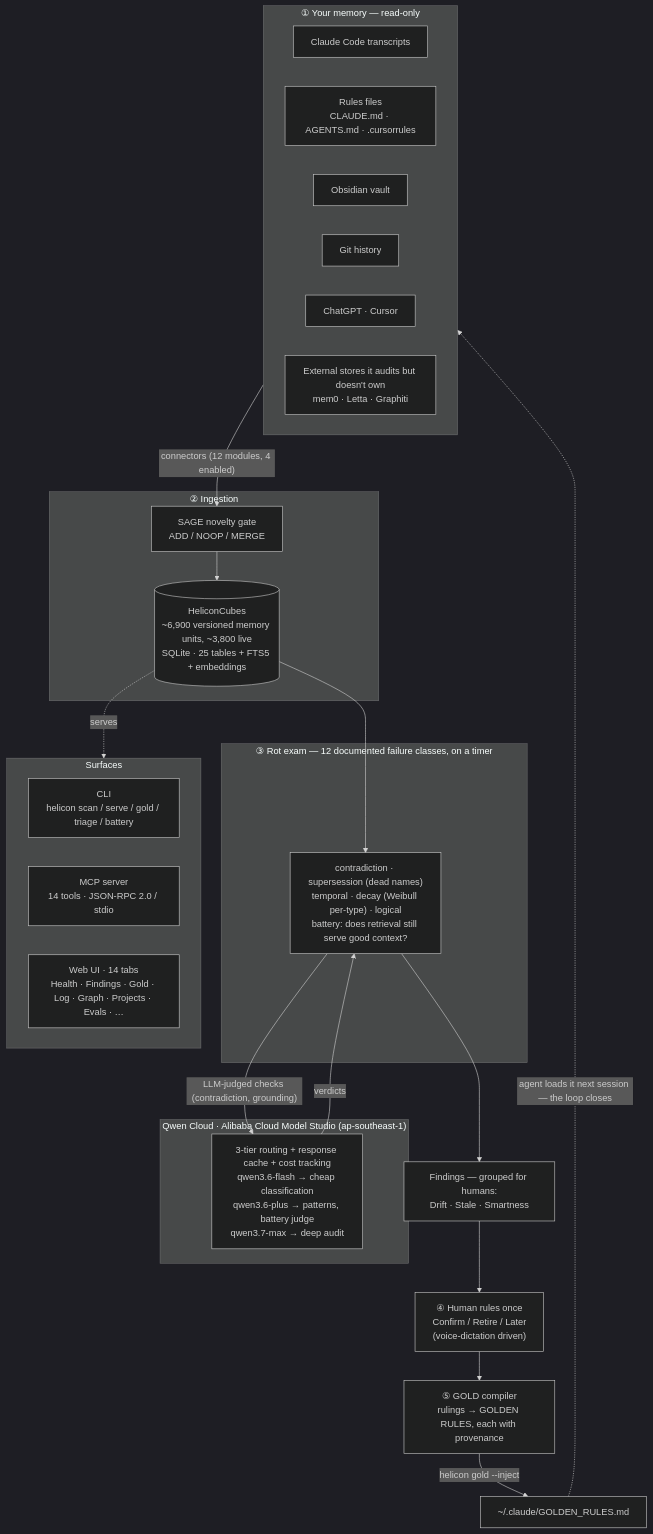
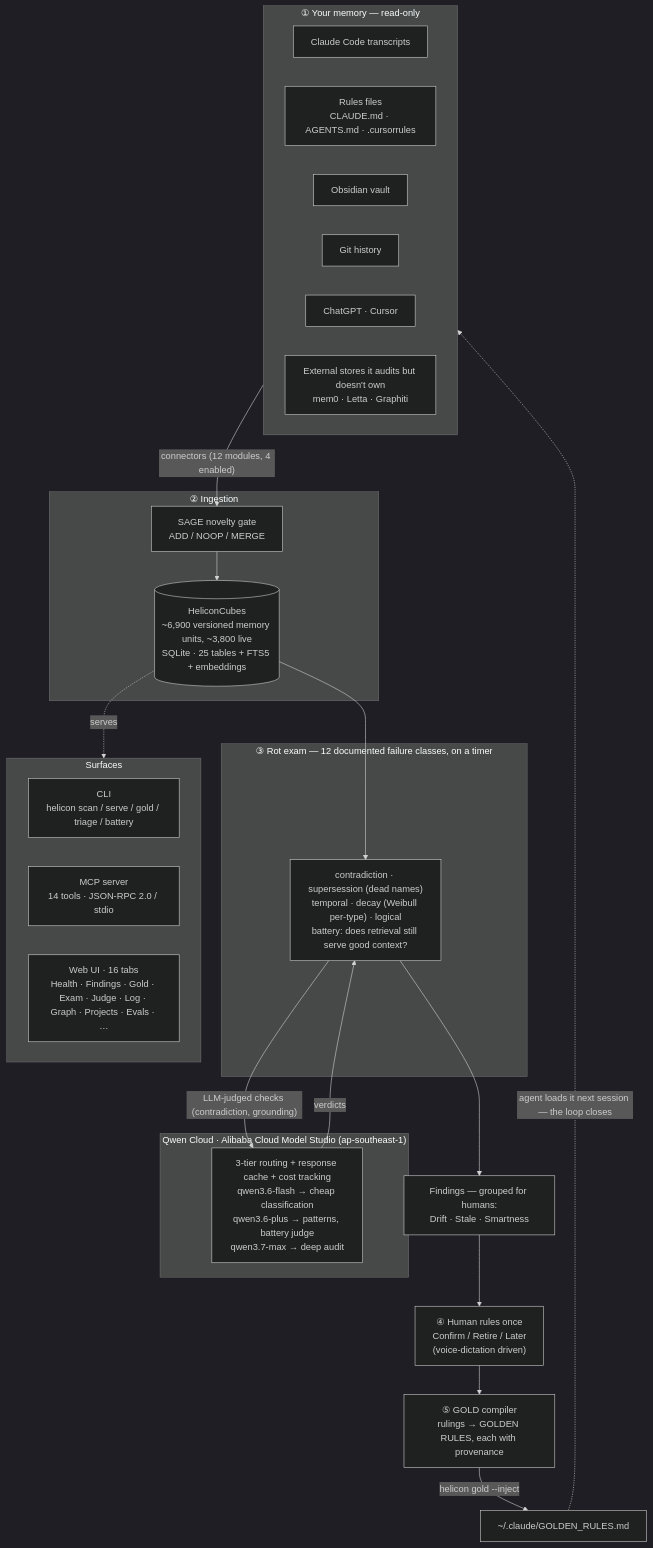
One commit to Morkeeth/mountain-of-helicon changed the diagram in ARCHITECTURE.md. Above: the diagram before and after it, drawn with Mermaid (dark theme). The commit also changed 1 other file, not shown here.

First paragraph of the commit message:
the queue loads on its own, not behind every other tab
Oscar: "way too slow". Not the API (findings 45ms, health 1ms) — the client.
The main bundle was 849K because every tab's code shipped with the queue, and
EvalView alone dragged recharts (393K) into first paint for a tab nobody opens
on a phone.

````diff
--- a/ARCHITECTURE.md
+++ b/ARCHITECTURE.md
@@ -9,45 +9,45 @@
 ```mermaid
 flowchart TD
   subgraph SRC["① Your memory — read-only"]
     A1["Claude Code transcripts"]
     A2["Rules files<br/>CLAUDE.md · AGENTS.md · .cursorrules"]
     A3["Obsidian vault"]
     A4["Git history"]
     A5["ChatGPT · Cursor"]
     A6["External stores it audits but doesn't own<br/>mem0 · Letta · Graphiti"]
   end
 
   SRC -->|"connectors (12 modules, 4 enabled)"| GATE
 
   subgraph INGEST["② Ingestion"]
     GATE["SAGE novelty gate<br/>ADD / NOOP / MERGE"]
     CUBES[("HeliconCubes<br/>~6,900 versioned memory units, ~3,800 live<br/>SQLite · 25 tables + FTS5 + embeddings")]
     GATE --> CUBES
   end
 
   CUBES --> EXAM
 
   subgraph AUDIT["③ Rot exam — 12 documented failure classes, on a timer"]
     EXAM["contradiction · supersession (dead names)<br/>temporal · decay (Weibull per-type) · logical<br/>battery: does retrieval still serve good context?"]
   end
 
   EXAM -->|"LLM-judged checks (contradiction, grounding)"| QWEN
   QWEN -->|verdicts| EXAM
 
   subgraph QWENC["Qwen Cloud · Alibaba Cloud Model Studio (ap-southeast-1)"]
     QWEN["3-tier routing + response cache + cost tracking<br/>qwen3.6-flash → cheap classification<br/>qwen3.6-plus → patterns, battery judge<br/>qwen3.7-max → deep audit"]
   end
 
   EXAM --> FIND["Findings — grouped for humans:<br/>Drift · Stale · Smartness"]
   FIND --> HUMAN["④ Human rules once<br/>Confirm / Retire / Later<br/>(voice-dictation driven)"]
   HUMAN --> GOLD["⑤ GOLD compiler<br/>rulings → GOLDEN RULES, each with provenance"]
   GOLD -->|"helicon gold --inject"| INJECT["~/.claude/GOLDEN_RULES.md"]
   INJECT -.->|"agent loads it next session — the loop closes"| SRC
 
   CUBES -.serves.-> SURF
   subgraph SURF["Surfaces"]
     CLI["CLI<br/>helicon scan / serve / gold / triage / battery"]
     MCP["MCP server<br/>14 tools · JSON-RPC 2.0 / stdio"]
-    WEB["Web UI · 14 tabs<br/>Health · Findings · Gold · Log · Graph · Projects · Evals · …"]
+    WEB["Web UI · 16 tabs<br/>Health · Findings · Gold · Exam · Judge · Log · Graph · Projects · Evals · …"]
   end
 ```
````
